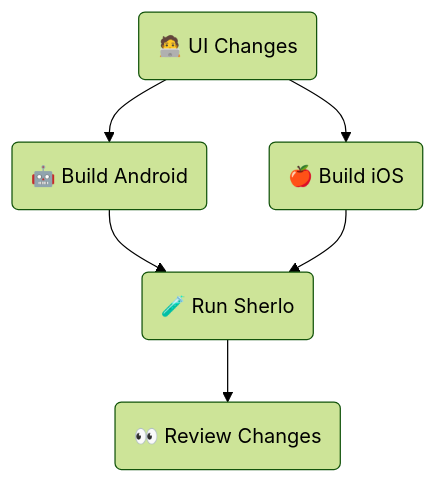
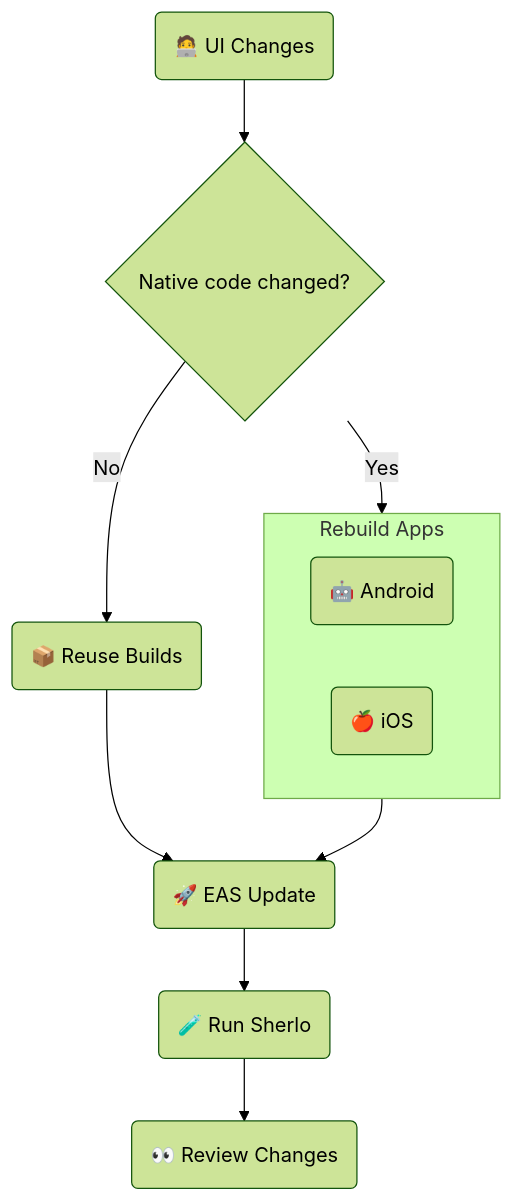
One commit to sherlo-io/sherlo changed the diagram in examples/eas-update/README.md. Above: the diagram before and after it, drawn with Mermaid (forest theme). The commit also changed other lines of this file and 1 other file, not shown here.

````diff
--- a/examples/eas-update/README.md
+++ b/examples/eas-update/README.md
@@ -11,12 +13,22 @@
 ```mermaid
 flowchart TB
    UI(🧑‍💻 UI Changes)
-   Android(🤖 Build Android)
-   iOS(🍎 Build iOS)
+   Check{Native code changed?}
+   Reuse(📦 Reuse Builds)
+   Update(🚀 EAS Update)
    Sherlo(🧪 Run Sherlo)
    Review(👀 Review Changes)
 
-   UI --> Android & iOS
-   Android & iOS --> Sherlo
+   subgraph Builds[Rebuild Apps]
+     Android(🤖 Android)
+     iOS(🍎 iOS)
+   end
+
+   UI --> Check
+   Check -->|Yes| Builds
+   Check -->|No| Reuse
+   Builds --> Update
+   Reuse --> Update
+   Update --> Sherlo
    Sherlo --> Review
 ```
````
